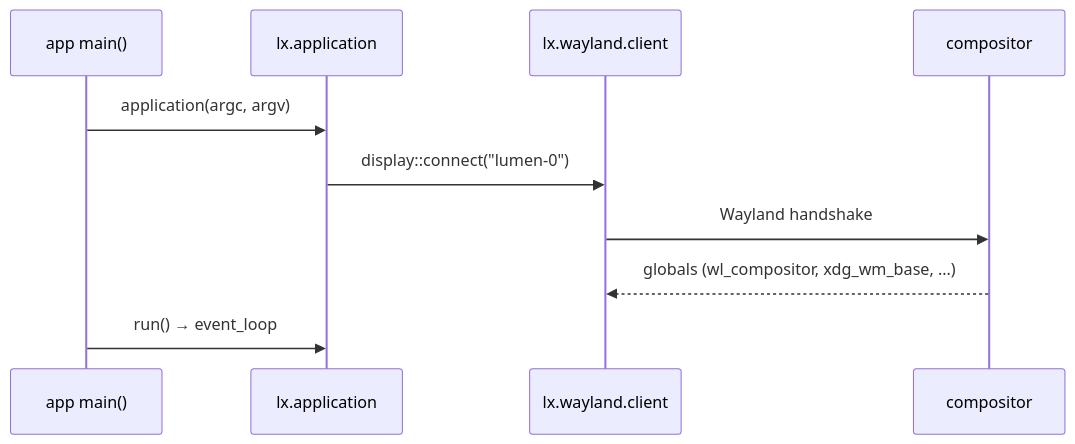
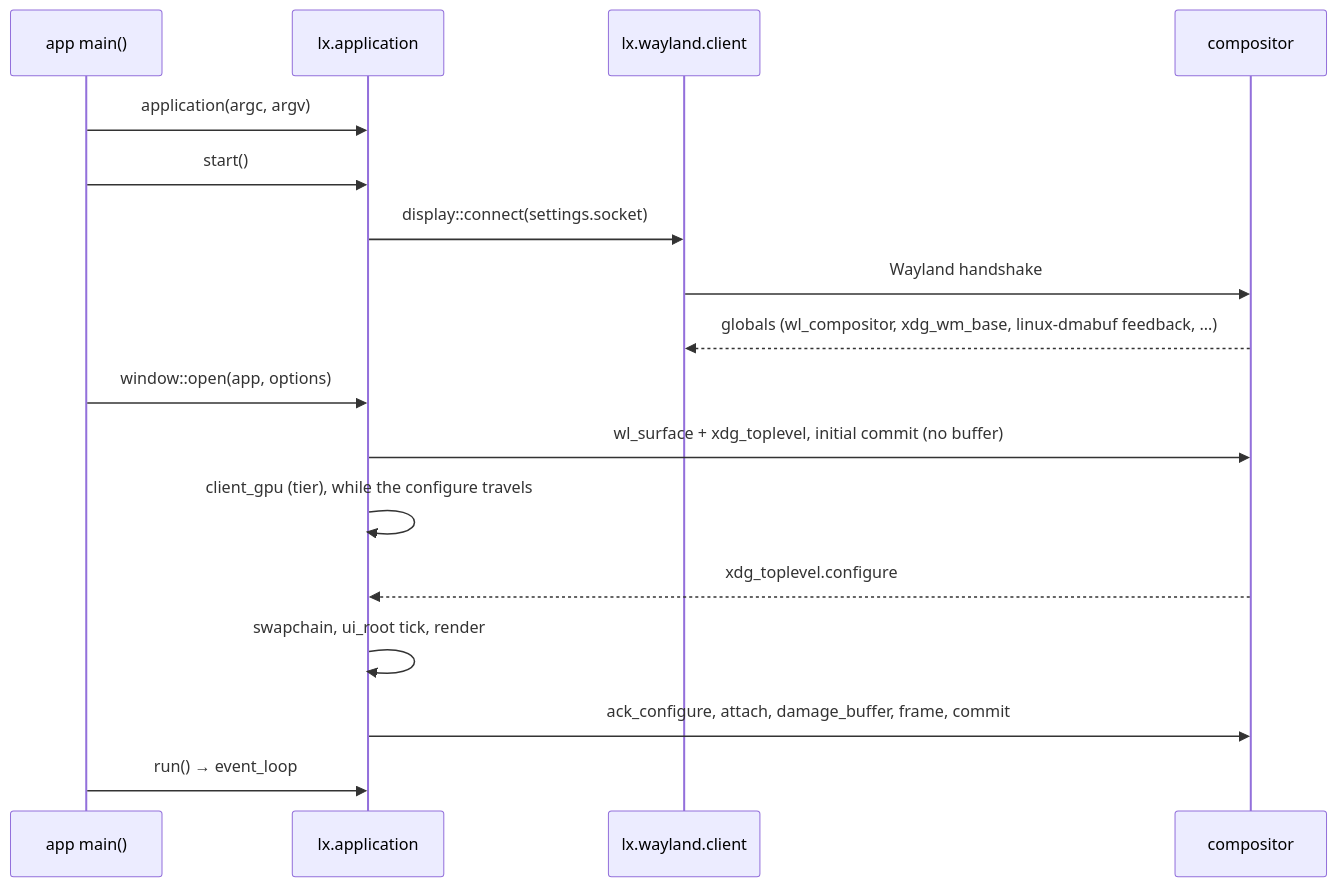
One commit to dimmus/lumen changed the fifth of 9 diagrams in docs/architecture.md. Above: the diagram before and after it, drawn with Mermaid. The commit also changed other lines of this file and 23 other files, not shown here.

````diff
--- a/docs/architecture.md
+++ b/docs/architecture.md
@@ -1816,13 +1828,20 @@
 ```mermaid
 sequenceDiagram
     participant Main as app main()
     participant App as lx.application
     participant WL as lx.wayland.client
     participant Comp as compositor
 
     Main->>App: application(argc, argv)
-    App->>WL: display::connect("lumen-0")
+    Main->>App: start()
+    App->>WL: display::connect(settings.socket)
     WL->>Comp: Wayland handshake
-    Comp-->>WL: globals (wl_compositor, xdg_wm_base, …)
+    Comp-->>WL: globals (wl_compositor, xdg_wm_base, linux-dmabuf feedback, …)
+    Main->>App: window::open(app, options)
+    App->>Comp: wl_surface + xdg_toplevel, initial commit (no buffer)
+    App->>App: client_gpu (tier), while the configure travels
+    Comp-->>App: xdg_toplevel.configure
+    App->>App: swapchain, ui_root tick, render
+    App->>Comp: ack_configure, attach, damage_buffer, frame, commit
     Main->>App: run() → event_loop
 ```
````
